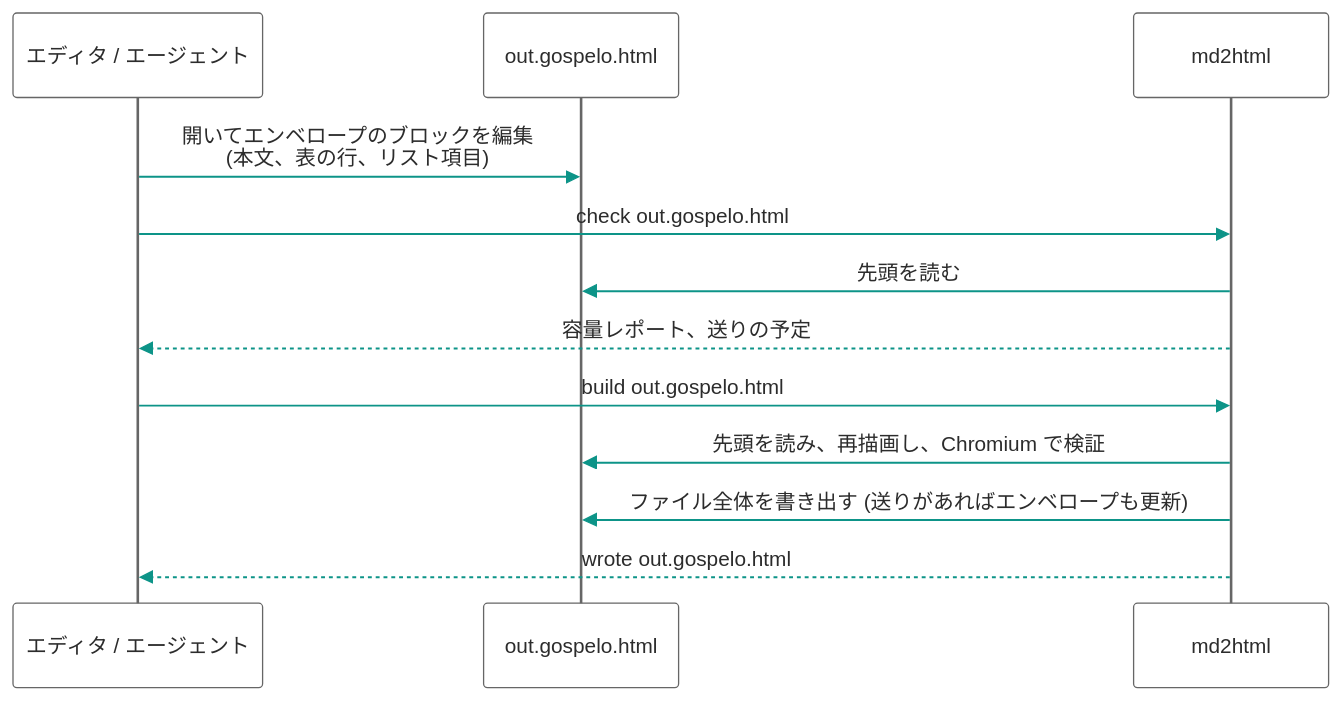
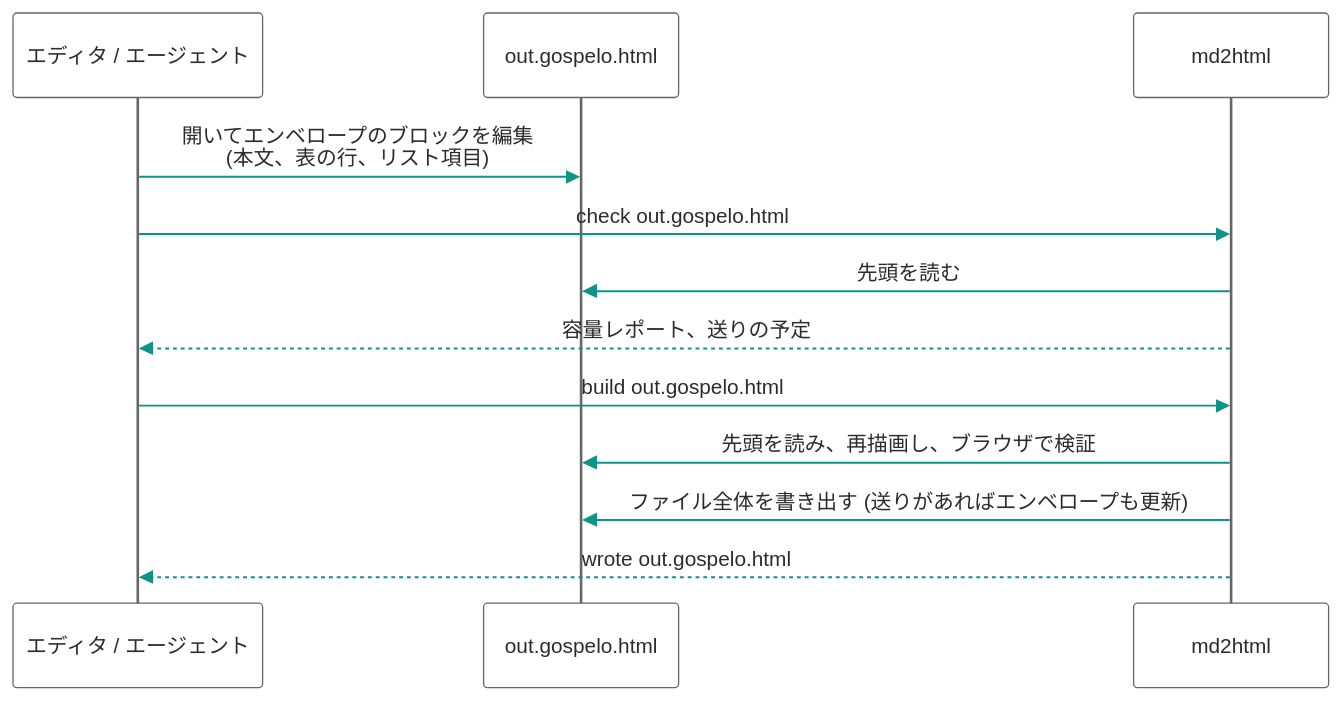
The fifth of 5 diagrams in docs/ARCHITECTURE_ja.md (gospelo-dev/md2html), drawn with Mermaid before and after one commit. The commit also changed other lines of this file and 92 other files, not shown here.

````diff
--- a/docs/ARCHITECTURE_ja.md
+++ b/docs/ARCHITECTURE_ja.md
@@ -163,16 +163,16 @@
 ```mermaid
 %%{init: {'theme': 'base', 'themeVariables': {'actorBkg': '#FFFFFF', 'actorBorder': '#666666', 'actorTextColor': '#2C2C2C', 'signalColor': '#0D9488', 'signalTextColor': '#2C2C2C', 'noteBkgColor': '#F0FDFA', 'noteBorderColor': '#0D9488', 'noteTextColor': '#2C2C2C', 'activationBkgColor': '#F8FAFC', 'activationBorderColor': '#94A3B8', 'loopTextColor': '#2C2C2C', 'labelBoxBkgColor': '#F0FDFA', 'labelBoxBorderColor': '#0D9488', 'labelTextColor': '#2C2C2C'}}}%%
 sequenceDiagram
     participant A as エディタ / エージェント
     participant H as out.gospelo.html
     participant T as md2html
 
     A->>H: 開いてエンベロープのブロックを編集<br/>(本文、表の行、リスト項目)
     A->>T: check out.gospelo.html
     T->>H: 先頭を読む
     T-->>A: 容量レポート、送りの予定
     A->>T: build out.gospelo.html
-    T->>H: 先頭を読み、再描画し、Chromium で検証
+    T->>H: 先頭を読み、再描画し、ブラウザで検証
     T->>H: ファイル全体を書き出す (送りがあればエンベロープも更新)
     T-->>A: wrote out.gospelo.html
 ```
````
